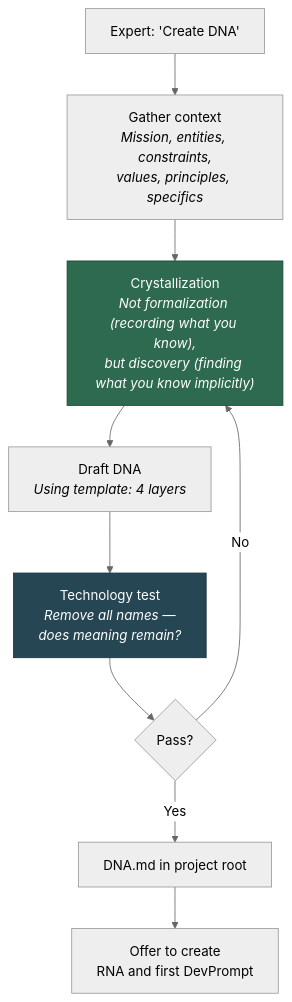
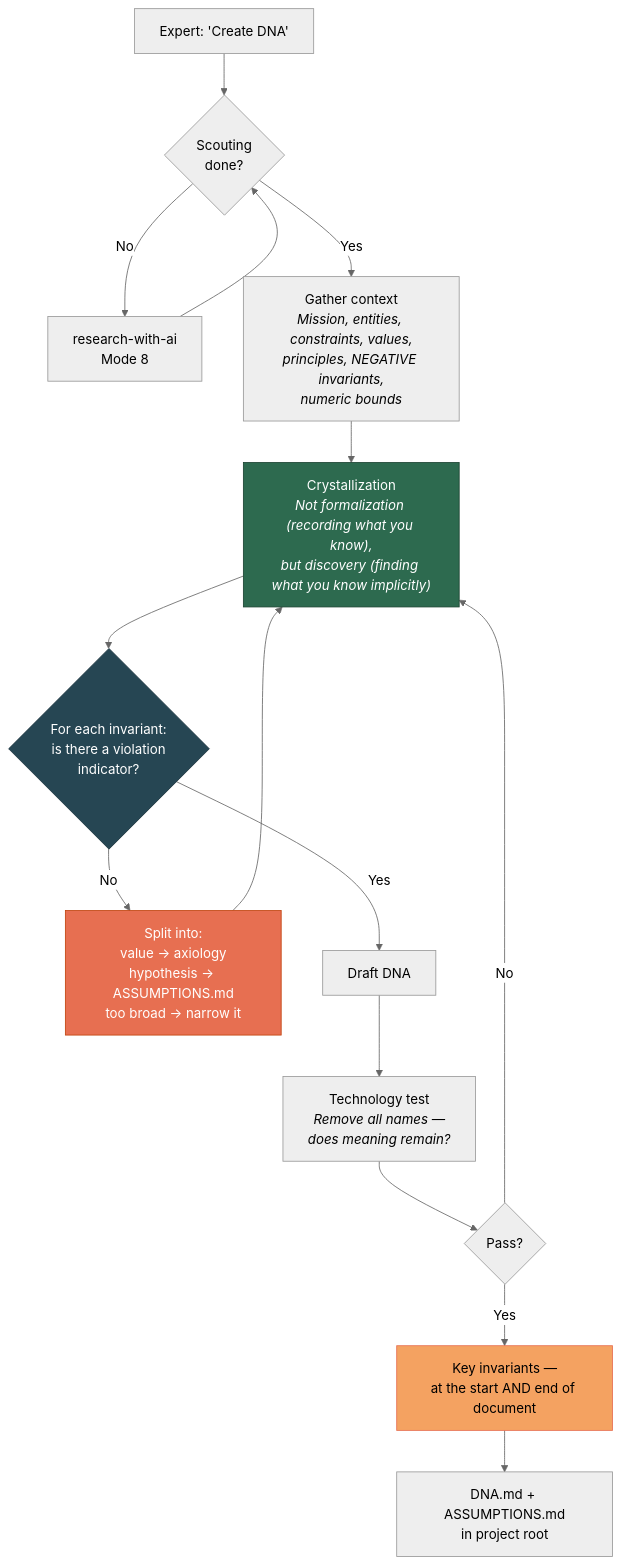
One commit to SizovOleg/project-dna changed the second of 8 diagrams in docs/modes-en.md. Above: the diagram before and after it, drawn with Mermaid (neutral theme). The commit also changed other lines of this file and 9 other files, not shown here.

````diff
--- a/docs/modes-en.md
+++ b/docs/modes-en.md
@@ -42,21 +66,29 @@
 ```mermaid
 flowchart TD
     START["Expert: 'Create DNA'"]
-    
-    START --> GATHER["Gather context<br/><i>Mission, entities, constraints,<br/>values, principles, specifics</i>"]
-    
+
+    START --> GATE{"Scouting<br/>done?"}
+    GATE -->|"No"| SCOUT["research-with-ai<br/>Mode 8"]
+    SCOUT --> GATE
+    GATE -->|"Yes"| GATHER["Gather context<br/><i>Mission, entities, constraints, values,<br/>principles, NEGATIVE invariants,<br/>numeric bounds</i>"]
+
     GATHER --> CRYSTAL["Crystallization<br/><i>Not formalization (recording what you know),<br/>but discovery (finding what you know implicitly)</i>"]
-    
-    CRYSTAL --> DRAFT["Draft DNA<br/><i>Using template: 4 layers</i>"]
-    
+
+    CRYSTAL --> SIGN{"For each invariant:<br/>is there a violation<br/>indicator?"}
+    SIGN -->|"No"| SPLIT["Split into:<br/>value → axiology<br/>hypothesis → ASSUMPTIONS.md<br/>too broad → narrow it"]
+    SPLIT --> CRYSTAL
+    SIGN -->|"Yes"| DRAFT["Draft DNA"]
+
     DRAFT --> TEST["Technology test<br/><i>Remove all names —<br/>does meaning remain?</i>"]
-    
+
     TEST --> Q{"Pass?"}
-    Q -->|Yes| SAVE["DNA.md in project root"]
-    Q -->|No| CRYSTAL
-    
-    SAVE --> OFFER["Offer to create<br/>RNA and first DevPrompt"]
+    Q -->|"Yes"| PLACE["Key invariants —<br/>at the start AND end of document"]
+    Q -->|"No"| CRYSTAL
+
+    PLACE --> SAVE["DNA.md + ASSUMPTIONS.md<br/>in project root"]
 
     style CRYSTAL fill:#2d6a4f,stroke:#1b4332,color:#fff
-    style TEST fill:#264653,stroke:#1a323d,color:#fff
+    style SIGN fill:#264653,stroke:#1a323d,color:#fff
+    style SPLIT fill:#e76f51,stroke:#c1440e,color:#fff
+    style PLACE fill:#f4a261,stroke:#e76f51,color:#000
 ```
````
